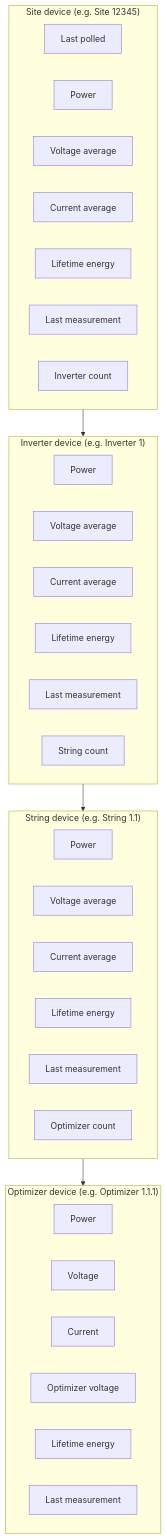
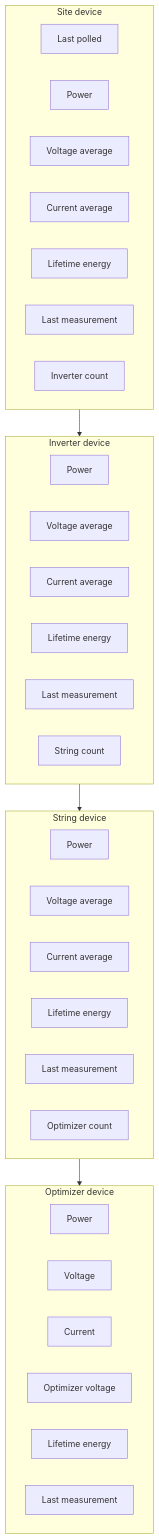
The second of 4 diagrams in custom_components/solaredgeoptimizers/docs/Wiki-Home.md (AndrewTapp/solaredgeoptimizers), drawn with Mermaid before and after one commit. The commit also changed other lines of this file, not shown here.

Commit message:
Refine documentation for SolarEdge optimizers

````diff
--- a/custom_components/solaredgeoptimizers/docs/Wiki-Home.md
+++ b/custom_components/solaredgeoptimizers/docs/Wiki-Home.md
@@ -105,43 +105,43 @@
 ```mermaid
 flowchart TD
-    subgraph Site["Site device (e.g. Site 12345)"]
+    subgraph Site[Site device]
         LP[Last polled]
         S_P[Power]
         S_V[Voltage average]
         S_C[Current average]
         S_E[Lifetime energy]
         S_L[Last measurement]
         S_I[Inverter count]
     end
 
-    subgraph Inv["Inverter device (e.g. Inverter 1)"]
+    subgraph Inv[Inverter device]
         I_P[Power]
         I_V[Voltage average]
         I_C[Current average]
         I_E[Lifetime energy]
         I_L[Last measurement]
         I_S[String count]
     end
 
-    subgraph Str["String device (e.g. String 1.1)"]
+    subgraph Str[String device]
         R_P[Power]
         R_V[Voltage average]
         R_C[Current average]
         R_E[Lifetime energy]
         R_L[Last measurement]
         R_O[Optimizer count]
     end
 
-    subgraph Opt["Optimizer device (e.g. Optimizer 1.1.1)"]
+    subgraph Opt[Optimizer device]
         O_P[Power]
         O_V[Voltage]
         O_C[Current]
         O_OV[Optimizer voltage]
         O_E[Lifetime energy]
         O_L[Last measurement]
     end
 
     Site --> Inv
     Inv --> Str
     Str --> Opt
 ```
````
